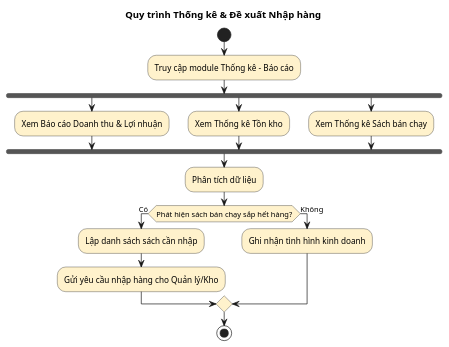
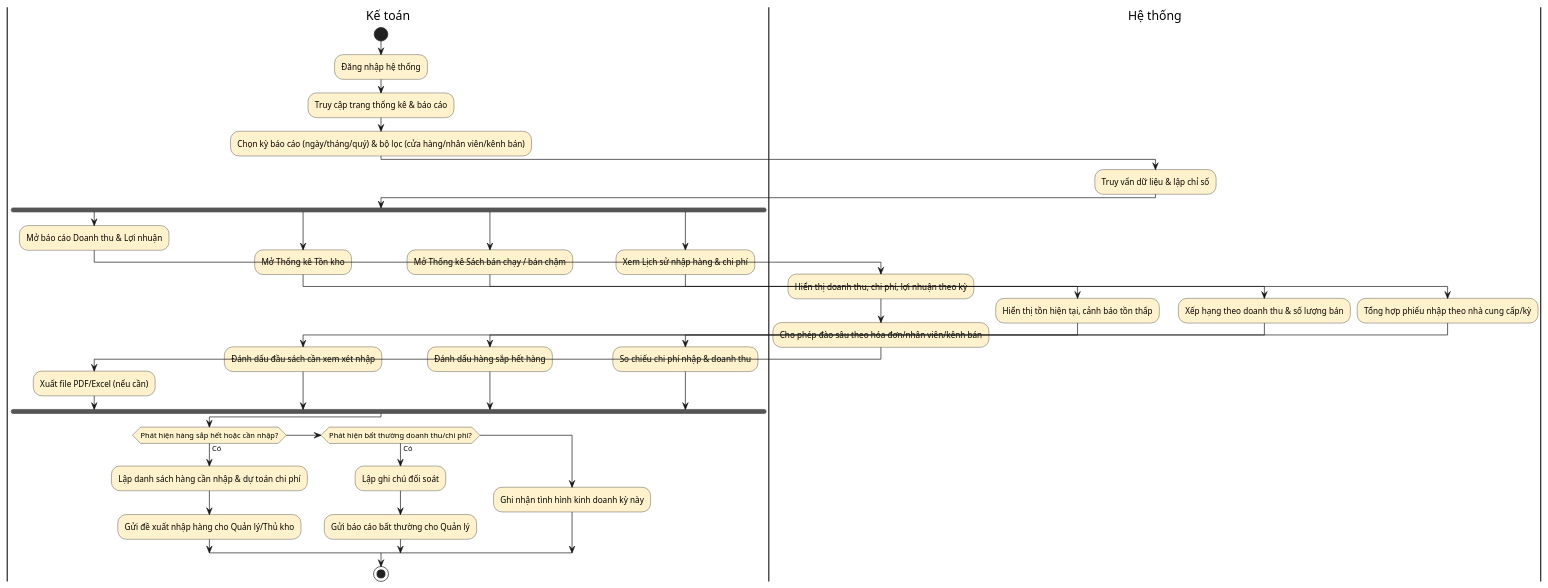
The diagram in docs/quy trình nghiệp vụ/kế toán.plantuml (Kh0anh/QuanLyNhaSach), drawn with PlantUML before and after one commit. The commit also changed 8 other files, not shown here.

First line of the commit message:
cập nhật tài liệu

```diff
--- a/docs/quy trình nghiệp vụ/kế toán.plantuml
+++ b/docs/quy trình nghiệp vụ/kế toán.plantuml
@@ -1,26 +1,52 @@
 @startuml
-title Quy trình Thống kê & Đề xuất Nhập hàng
 skinparam ActivityBackgroundColor #FFF2CC
 
 |Kế toán|
 start
-:Truy cập module Thống kê - Báo cáo;
+:Đăng nhập hệ thống;
+:Truy cập trang thống kê & báo cáo;
+:Chọn kỳ báo cáo (ngày/tháng/quý) & bộ lọc (cửa hàng/nhân viên/kênh bán);
+|Hệ thống|
+:Truy vấn dữ liệu & lập chỉ số;
+
+|Kế toán|
 fork
-    :Xem Báo cáo Doanh thu & Lợi nhuận;
+    :Mở báo cáo Doanh thu & Lợi nhuận;
+    |Hệ thống|
+    :Hiển thị doanh thu, chi phí, lợi nhuận theo kỳ;
+    :Cho phép đào sâu theo hóa đơn/nhân viên/kênh bán;
+    |Kế toán|
+    :Xuất file PDF/Excel (nếu cần);
 fork again
-    :Xem Thống kê Tồn kho;
+    :Mở Thống kê Tồn kho;
+    |Hệ thống|
+    :Hiển thị tồn hiện tại, cảnh báo tồn thấp;
+    |Kế toán|
+    :Đánh dấu đầu sách cần xem xét nhập;
 fork again
-    :Xem Thống kê Sách bán chạy;
+    :Mở Thống kê Sách bán chạy / bán chậm;
+    |Hệ thống|
+    :Xếp hạng theo doanh thu & số lượng bán;
+    |Kế toán|
+    :Đánh dấu hàng sắp hết hàng;
+fork again
+    :Xem Lịch sử nhập hàng & chi phí;
+    |Hệ thống|
+    :Tổng hợp phiếu nhập theo nhà cung cấp/kỳ;
+    |Kế toán|
+    :So chiếu chi phí nhập & doanh thu;
 end fork
 
 |Kế toán|
-:Phân tích dữ liệu;
-if (Phát hiện sách bán chạy sắp hết hàng?) then (Có)
-    :Lập danh sách sách cần nhập;
-    :Gửi yêu cầu nhập hàng cho Quản lý/Kho;
-else (Không)
-    :Ghi nhận tình hình kinh doanh;
+if (Phát hiện hàng sắp hết hoặc cần nhập?) then (Có)
+    :Lập danh sách hàng cần nhập & dự toán chi phí;
+    :Gửi đề xuất nhập hàng cho Quản lý/Thủ kho;
+elseif (Phát hiện bất thường doanh thu/chi phí?) then (Có)
+    :Lập ghi chú đối soát;
+    :Gửi báo cáo bất thường cho Quản lý;
+else
+    :Ghi nhận tình hình kinh doanh kỳ này;
 endif
 
 stop
 @enduml
```
